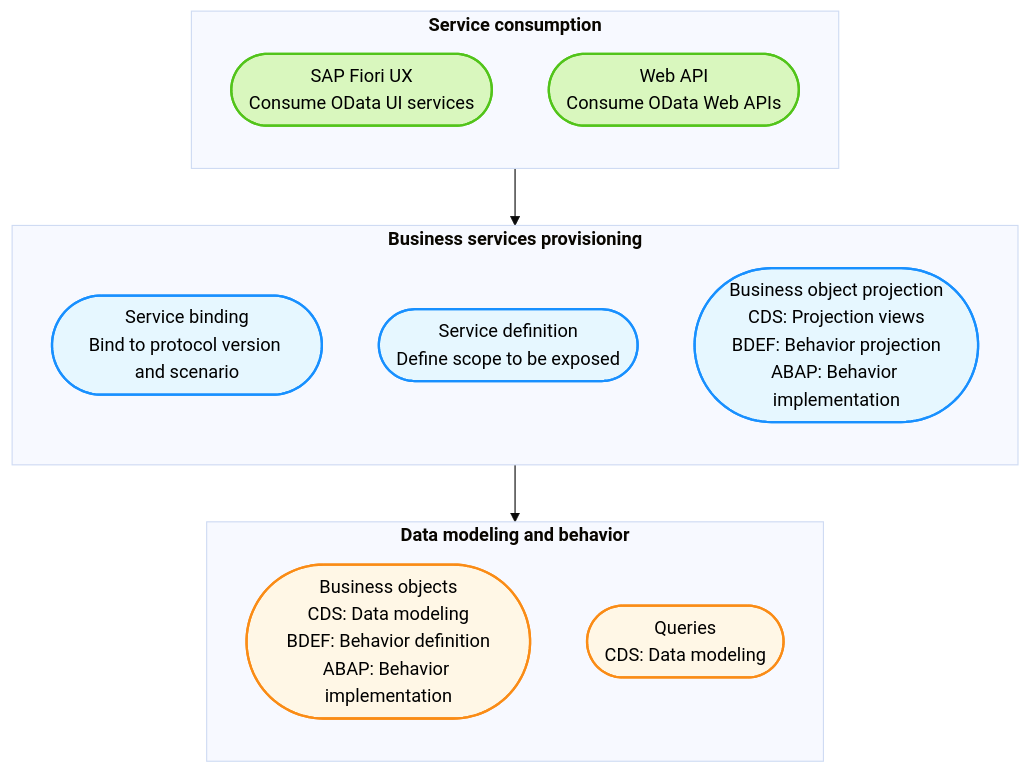
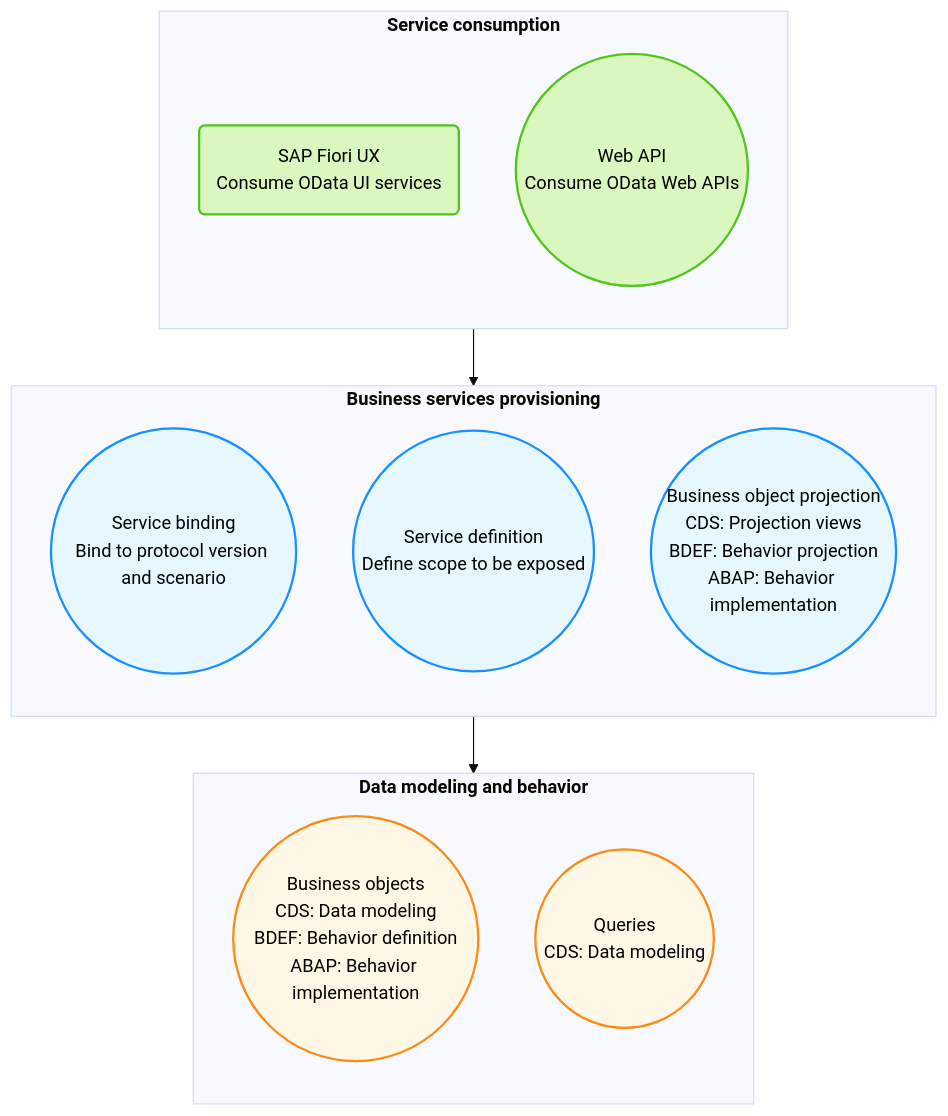
The second of 2 diagrams in README.md (edmilson-nascimento/abap-rap), drawn with Mermaid (base theme) before and after one commit. The commit also changed other lines of this file, not shown here.

Commit message:
Refactor README.md for clarity and structure; remove outdated ABAP Unit Tests section

````diff
--- a/README.md
+++ b/README.md
@@ -17,28 +25,28 @@
 ```mermaid
 flowchart TD
     subgraph ServiceConsumption[<b>Service consumption</b>]
         direction TB
-        A1([SAP Fiori UX<br>Consume OData UI services]):::greenBox
-        A2([Web API<br>Consume OData Web APIs]):::greenBox
+        A1(SAP Fiori UX<br>Consume OData UI services):::greenBox
+        A2((Web API<br>Consume OData Web APIs)):::greenBox
     end
 
     subgraph BusinessServicesProvisioning[<b>Business services provisioning</b>]
         direction TB
-        B1([Service binding<br>Bind to protocol version and scenario]):::blueBox
-        B2([Service definition<br>Define scope to be exposed]):::blueBox
-        B3([Business object projection<br>CDS: Projection views<br>BDEF: Behavior projection<br>ABAP: Behavior implementation]):::blueBox
+        B1((Service binding<br>Bind to protocol version and scenario)):::blueBox
+        B2((Service definition<br>Define scope to be exposed)):::blueBox
+        B3((Business object projection<br>CDS: Projection views<br>BDEF: Behavior projection<br>ABAP: Behavior implementation)):::blueBox
     end
 
     subgraph DataModelingAndBehavior[<b>Data modeling and behavior</b>]
         direction TB
-        C1([Business objects<br>CDS: Data modeling<br>BDEF: Behavior definition<br>ABAP: Behavior implementation]):::orangeBox
-        C2([Queries<br>CDS: Data modeling]):::orangeBox
+        C1((Business objects<br>CDS: Data modeling<br>BDEF: Behavior definition<br>ABAP: Behavior implementation)):::orangeBox
+        C2((Queries<br>CDS: Data modeling)):::orangeBox
     end
 
     ServiceConsumption --> BusinessServicesProvisioning
     BusinessServicesProvisioning --> DataModelingAndBehavior
 
     classDef greenBox fill:#d9f7be,stroke:#52c41a,stroke-width:2,color:#000;
     classDef blueBox fill:#e6f7ff,stroke:#1890ff,stroke-width:2,color:#000;
     classDef orangeBox fill:#fff7e6,stroke:#fa8c16,stroke-width:2,color:#000;
 ```
````
